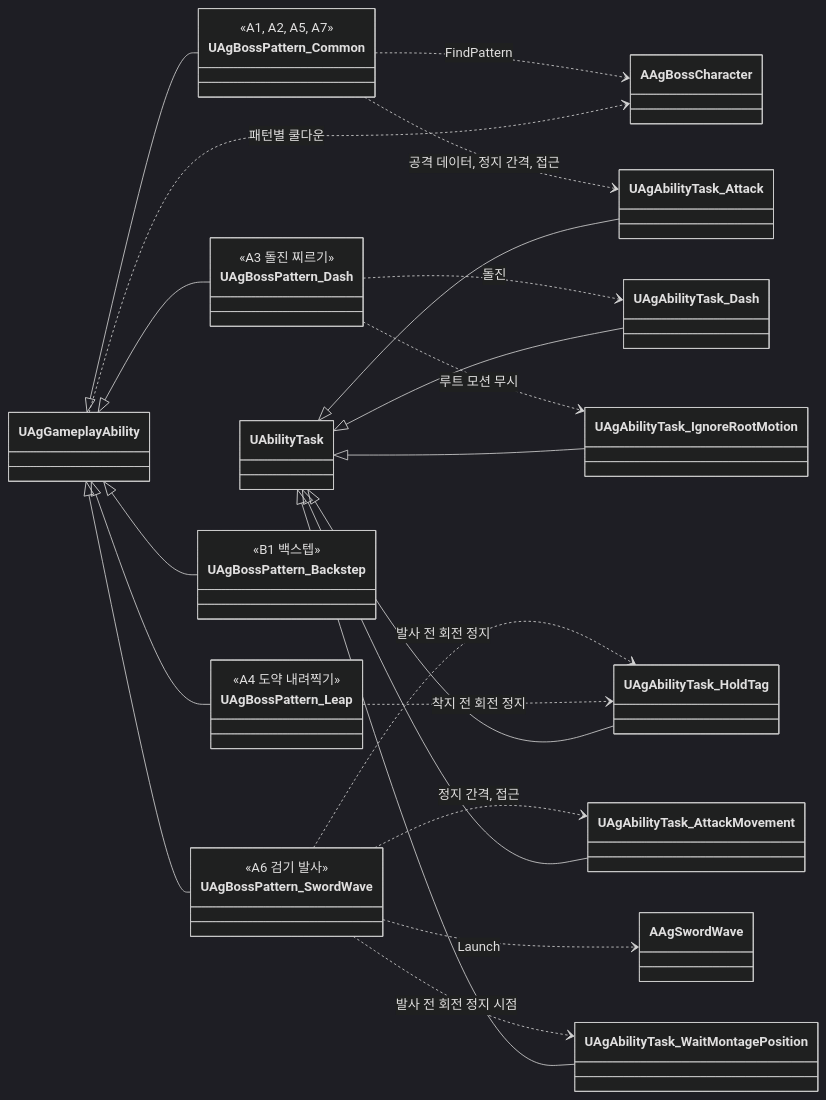
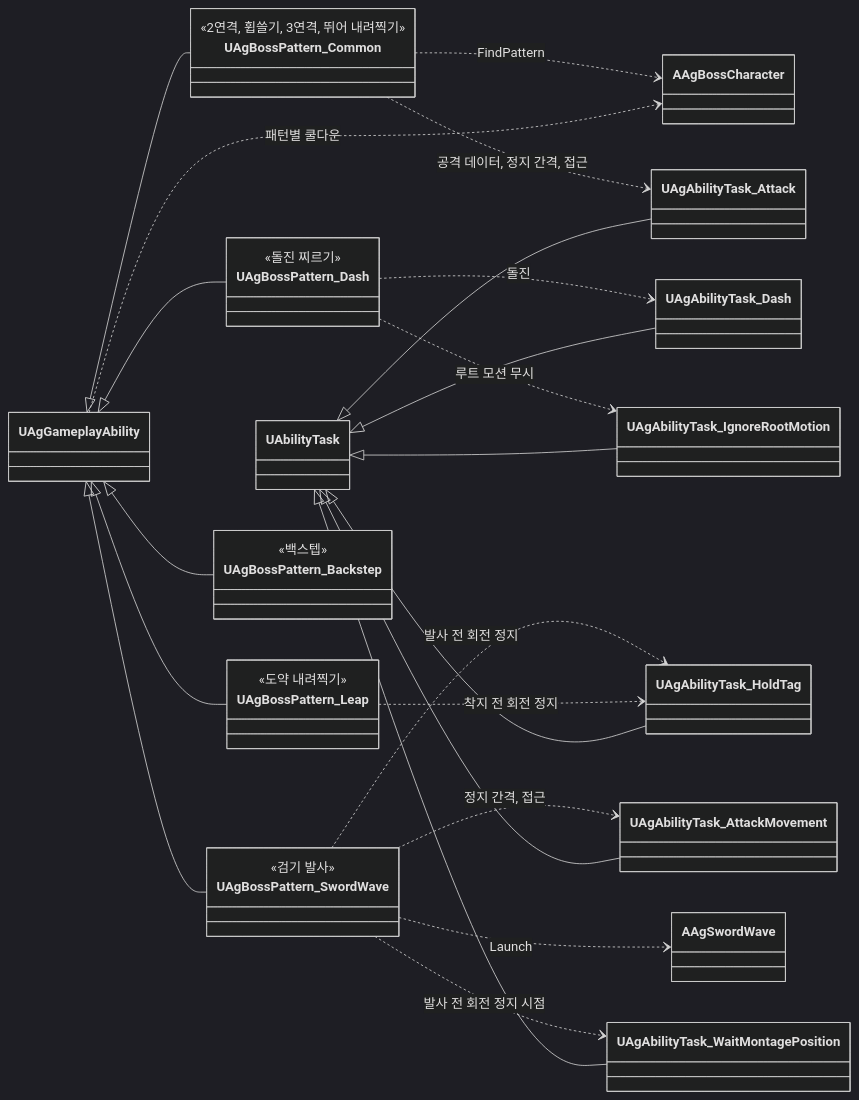
Before and after one commit to Woogl/Ag: the eighth of 21 diagrams in Docs/Program/클래스 구조도.md, drawn with Mermaid (dark theme). The commit also changed other lines of this file and 86 other files, not shown here.

````diff
--- a/Docs/Program/클래스 구조도.md
+++ b/Docs/Program/클래스 구조도.md
@@ -323,41 +323,41 @@
 ```mermaid
 classDiagram
     direction LR
     class UAgBossPattern_Common {
-        <<A1, A2, A5, A7>>
+        <<2연격, 휩쓸기, 3연격, 뛰어 내려찍기>>
     }
     class UAgBossPattern_Dash {
-        <<A3 돌진 찌르기>>
+        <<돌진 찌르기>>
     }
     class UAgBossPattern_Leap {
-        <<A4 도약 내려찍기>>
+        <<도약 내려찍기>>
     }
     class UAgBossPattern_SwordWave {
-        <<A6 검기 발사>>
+        <<검기 발사>>
     }
     class UAgBossPattern_Backstep {
-        <<B1 백스텝>>
+        <<백스텝>>
     }
     UAgGameplayAbility <|-- UAgBossPattern_Common
     UAgGameplayAbility <|-- UAgBossPattern_Dash
     UAgGameplayAbility <|-- UAgBossPattern_Leap
     UAgGameplayAbility <|-- UAgBossPattern_SwordWave
     UAgGameplayAbility <|-- UAgBossPattern_Backstep
 
     UAgBossPattern_Common ..> AAgBossCharacter : FindPattern
     UAgBossPattern_Common ..> UAgAbilityTask_Attack : 공격 데이터, 정지 간격, 접근
     UAgBossPattern_SwordWave ..> UAgAbilityTask_AttackMovement : 정지 간격, 접근
     UAgBossPattern_Dash ..> UAgAbilityTask_Dash : 돌진
     UAgBossPattern_Dash ..> UAgAbilityTask_IgnoreRootMotion : 루트 모션 무시
     UAgBossPattern_SwordWave ..> AAgSwordWave : Launch
     UAgBossPattern_SwordWave ..> UAgAbilityTask_WaitMontagePosition : 발사 전 회전 정지 시점
     UAgBossPattern_SwordWave ..> UAgAbilityTask_HoldTag : 발사 전 회전 정지
     UAgBossPattern_Leap ..> UAgAbilityTask_HoldTag : 착지 전 회전 정지
     UAgGameplayAbility ..> AAgBossCharacter : 패턴별 쿨다운
     UAbilityTask <|-- UAgAbilityTask_Attack
     UAbilityTask <|-- UAgAbilityTask_Dash
     UAbilityTask <|-- UAgAbilityTask_IgnoreRootMotion
     UAbilityTask <|-- UAgAbilityTask_AttackMovement
     UAbilityTask <|-- UAgAbilityTask_WaitMontagePosition
     UAbilityTask <|-- UAgAbilityTask_HoldTag
 ```
````
